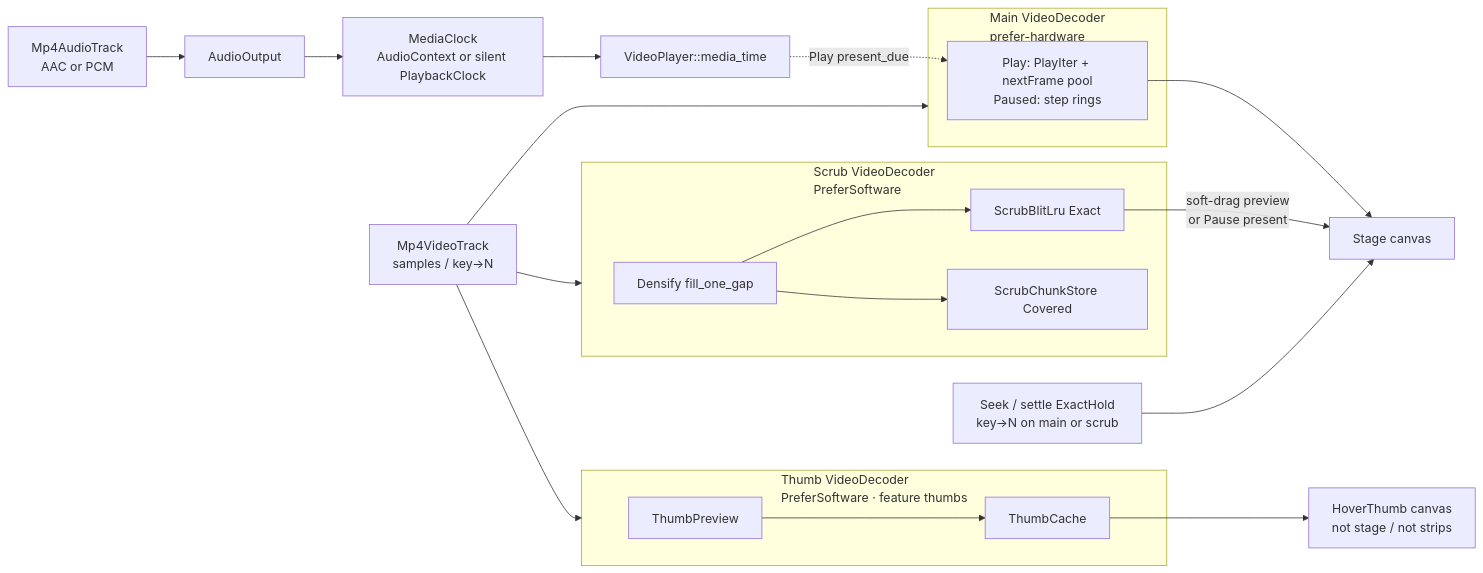
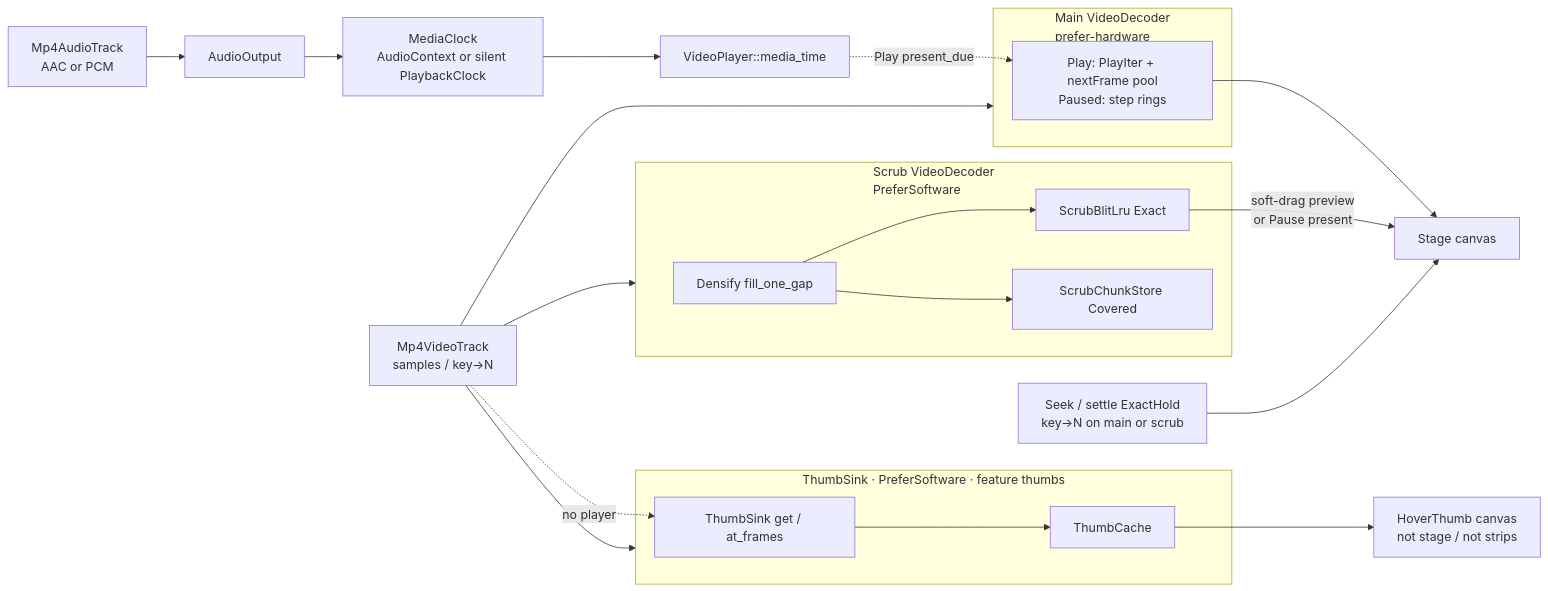
One commit to alexantoshuk/fpmedia-web changed the first of 4 diagrams in .ai/architecture.md. Above: the diagram before and after it, drawn with Mermaid. The commit also changed other lines of this file and 13 other files, not shown here.

First line of the commit message:
feat(thumbs): expose ThumbSink as CanvasSink-shaped product

````diff
--- a/.ai/architecture.md
+++ b/.ai/architecture.md
@@ -148,29 +148,30 @@
 ```mermaid
 flowchart LR
   subgraph main["Main VideoDecoder<br/>prefer-hardware"]
     PQ["Play: PlayIter + nextFrame pool<br/>Paused: step rings"]
   end
   subgraph scrub["Scrub VideoDecoder<br/>PreferSoftware"]
     DEN["Densify fill_one_gap"]
     EX["ScrubBlitLru Exact"]
     CV["ScrubChunkStore Covered"]
     DEN --> EX
     DEN --> CV
   end
-  subgraph thumb["Thumb VideoDecoder<br/>PreferSoftware · feature thumbs"]
-    TP["ThumbPreview"]
+  subgraph thumb["ThumbSink · PreferSoftware · feature thumbs"]
+    TS["ThumbSink get / at_frames"]
     TC["ThumbCache"]
-    TP --> TC
+    TS --> TC
   end
   SRC["Mp4VideoTrack<br/>samples / key→N"] --> main
   SRC --> scrub
   SRC --> thumb
   ASRC["Mp4AudioTrack<br/>AAC or PCM"] --> AOUT["AudioOutput"]
   AOUT --> CLK["MediaClock<br/>AudioContext or silent PlaybackClock"]
   CLK --> MT["VideoPlayer::media_time"]
   MT -.->|"Play present_due"| PQ
   PQ --> CANVAS["Stage canvas"]
   EX -->|"soft-drag preview<br/>or Pause present"| CANVAS
   SEEK["Seek / settle ExactHold<br/>key→N on main or scrub"] --> CANVAS
   TC --> HOVER["HoverThumb canvas<br/>not stage / not strips"]
+  SRC -.->|"no player"| TS
 ```
````
